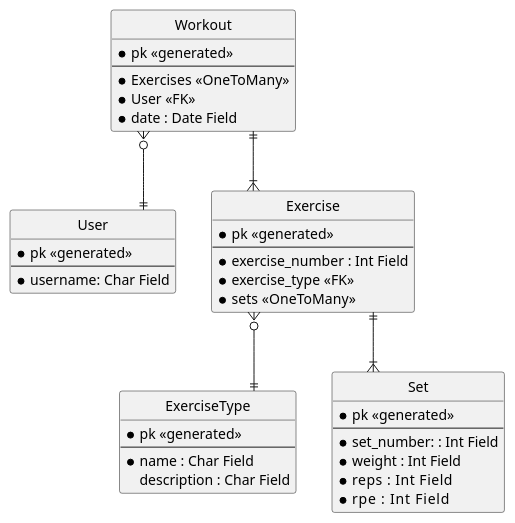
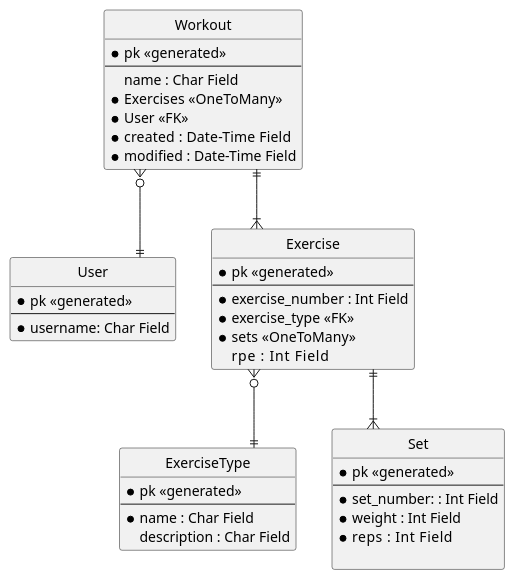
One commit to Tharindu-h/workout_tracker changed the diagram in design/er-diagram.plantuml. Above: the diagram before and after it, drawn with PlantUML. The commit also changed 2 other files, not shown here.

Commit message:
Update ER-diagram

```diff
--- a/design/er-diagram.plantuml
+++ b/design/er-diagram.plantuml
@@ -2,55 +2,58 @@
 @startuml
 
 ' hide the spot
 hide circle
 
 ' avoid problems with angled crows feet
 skinparam linetype ortho
 
 entity User {
    * pk <<generated>>
    ---
    * username: Char Field
 }
 
 entity Workout {
    * pk <<generated>>
    ---
+     name : Char Field
    * Exercises <<OneToMany>>
    * User <<FK>>
-   * date : Date Field
+   * created  : Date-Time Field
+   * modified : Date-Time Field
 }
 
 entity Exercise {
    * pk <<generated>>
    ---
    * exercise_number : Int Field
    * exercise_type <<FK>>
    * sets <<OneToMany>>
+     rpe    : Int Field
 }
 
 entity ExerciseType {
    * pk <<generated>>
    ---
    * name : Char Field
      description : Char Field
 }
 
 entity Set {
    * pk <<generated>>
    ---
    * set_number: : Int Field
    * weight : Int Field
    * reps   : Int Field
-   * rpe    : Int Field
+   
 }
 
 ' Workout is related to exaxtly one User, User has zero or many workouts
 Workout }o--|| User
 ' Workout is related to one or many Exercise instances and A Exercise is related to exactly one Workout instance 
 Workout ||--|{ Exercise
 ' Exercise has exactly one ExerciseType but ExerciseType can be related to many Exercise instances
 Exercise }o--|| ExerciseType
 ' an Exercise has one or many sets, a Set is only related to one Exercise
 Exercise ||--|{ Set
 @enduml
```
